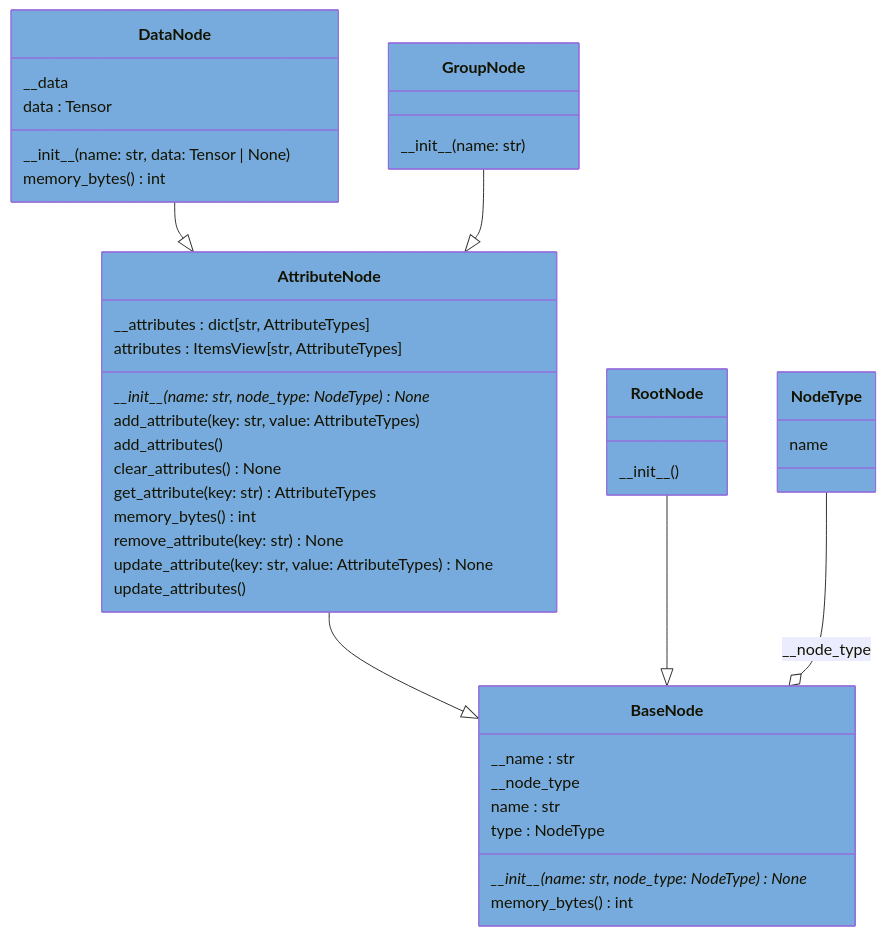
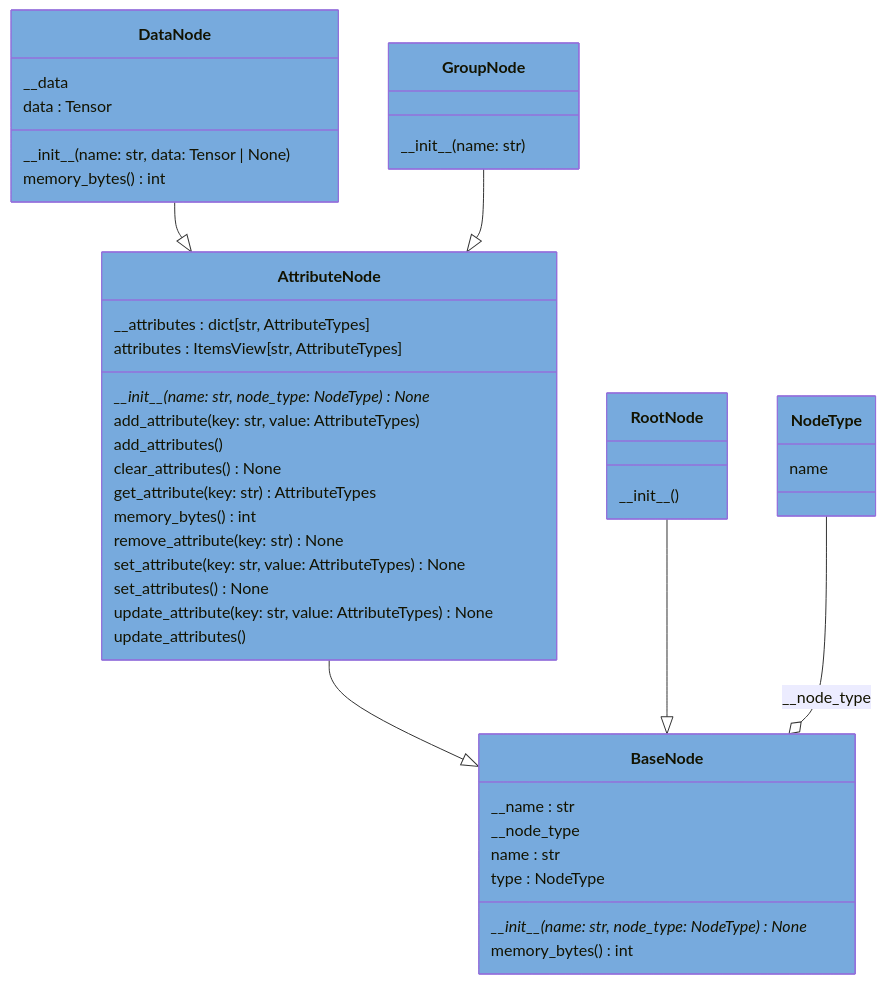
Before and after one commit to voidsy-gmbh/pyThermoNDT: the diagram in docs/pyreverse/mermaid/classes_Node_Hierarchy.mmd, drawn with Mermaid. The commit also changed 23 other files, not shown here.

```diff
--- a/docs/pyreverse/mermaid/classes_Node_Hierarchy.mmd
+++ b/docs/pyreverse/mermaid/classes_Node_Hierarchy.mmd
@@ -1,48 +1,50 @@
 classDiagram
   class AttributeNode {
     \_\_attributes : dict[str, AttributeTypes]
     attributes : ItemsView[str, AttributeTypes]
     \_\_init\_\_(name: str, node_type: NodeType)* None
     add_attribute(key: str, value: AttributeTypes)
     add_attributes()
     clear_attributes() None
     get_attribute(key: str) AttributeTypes
     memory_bytes() int
     remove_attribute(key: str) None
+    set_attribute(key: str, value: AttributeTypes) None
+    set_attributes() None
     update_attribute(key: str, value: AttributeTypes) None
     update_attributes()
   }
   style AttributeNode fill:#77AADD
   class BaseNode {
     \_\_name : str
     \_\_node_type
     name : str
     type : NodeType
     \_\_init\_\_(name: str, node_type: NodeType)* None
     memory_bytes() int
   }
   style BaseNode fill:#77AADD
   class DataNode {
     \_\_data
     data : Tensor
     \_\_init\_\_(name: str, data: Tensor | None)
     memory_bytes() int
   }
   style DataNode fill:#77AADD
   class GroupNode {
     \_\_init\_\_(name: str)
   }
   style GroupNode fill:#77AADD
   class NodeType {
     name
   }
   style NodeType fill:#77AADD
   class RootNode {
     \_\_init\_\_()
   }
   style RootNode fill:#77AADD
   AttributeNode --|> BaseNode
   DataNode --|> AttributeNode
   GroupNode --|> AttributeNode
   RootNode --|> BaseNode
   NodeType --o BaseNode : \_\_node_type
```
